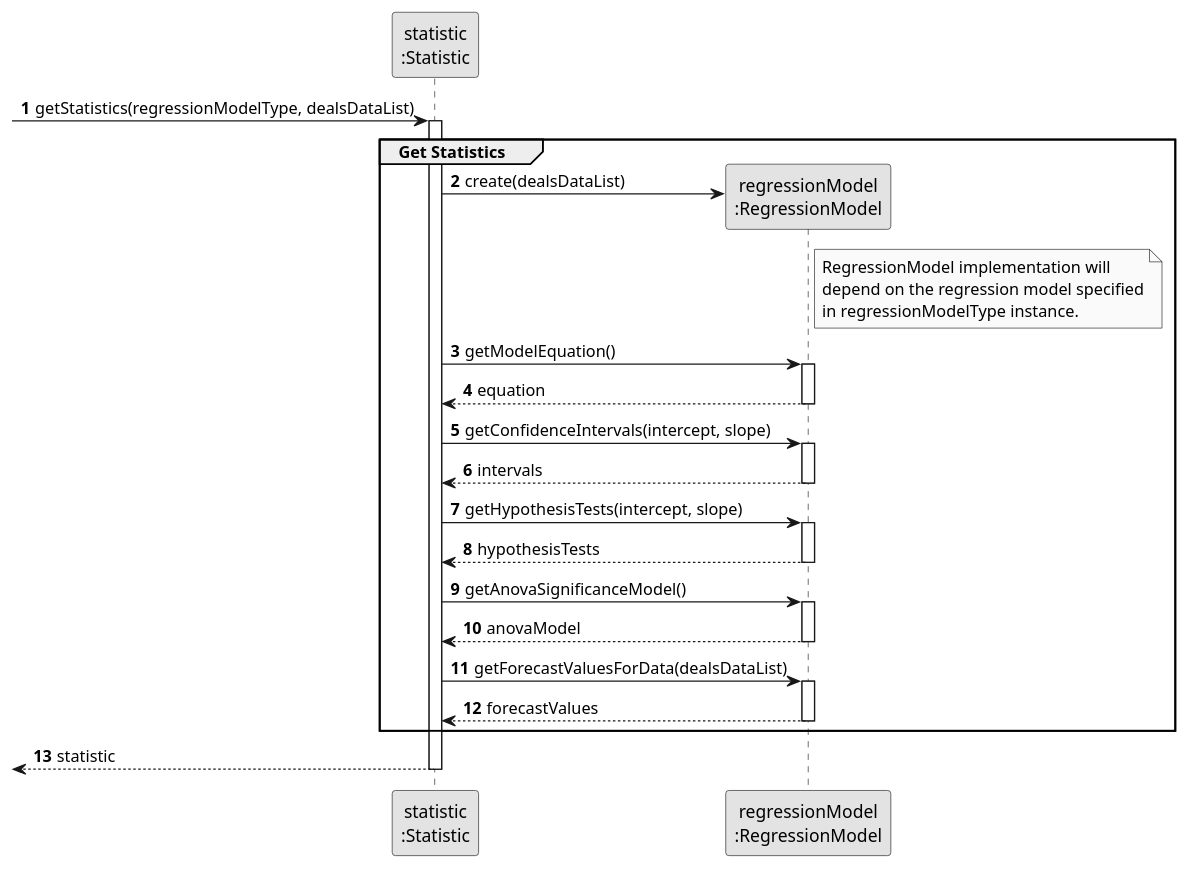
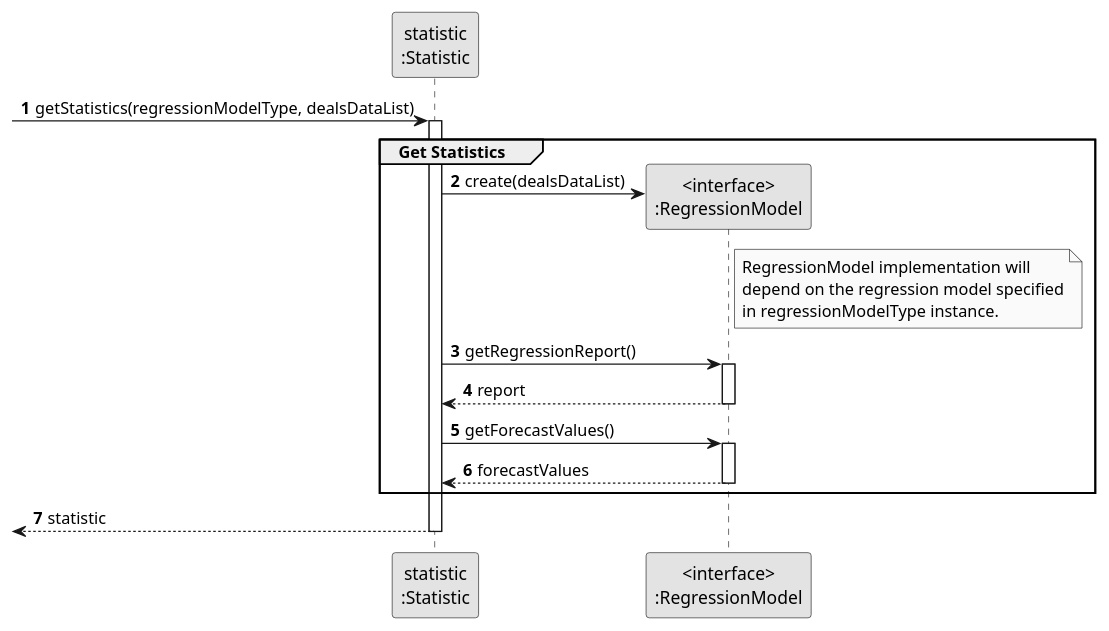
One commit to rita-barbosa/LAPR2-2223 changed the diagram in docs/sprintD/us018/03.design/puml/us018-sequence-diagram-partial-get-statistics.puml. Above: the diagram before and after it, drawn with PlantUML. The commit also changed 3 other files, not shown here.

Commit message:
Update sequence & class diagram [US018][Design]

```diff
--- a/docs/sprintD/us018/03.design/puml/us018-sequence-diagram-partial-get-statistics.puml
+++ b/docs/sprintD/us018/03.design/puml/us018-sequence-diagram-partial-get-statistics.puml
@@ -1,64 +1,46 @@
 @startuml
 skinparam monochrome true
 skinparam packageStyle rectangle
 skinparam shadowing false
 
 
 participant "statistic\n:Statistic" as ST
-participant "regressionModel\n:RegressionModel" as RM
+participant "<interface>\n:RegressionModel" as RM
 
 
 
 autonumber
 
   -> ST  : getStatistics(regressionModelType, dealsDataList)
     activate ST
 
 group   Get Statistics
 
 
     ST -> RM**: create(dealsDataList)
 
         note right RM
         RegressionModel implementation will
         depend on the regression model specified
         in regressionModelType instance.
         end note
 
 
-    ST -> RM : getModelEquation()
+    ST -> RM : getRegressionReport()
     activate RM
 
-    RM --> ST : equation
+    RM --> ST : report
     deactivate RM
 
-    ST -> RM: getConfidenceIntervals(intercept, slope)
-    activate RM
-
-    RM --> ST: intervals
-    deactivate RM
-
-    ST -> RM: getHypothesisTests(intercept, slope)
-    activate RM
-
-    RM --> ST: hypothesisTests
-    deactivate RM
-
-    ST -> RM: getAnovaSignificanceModel()
-    activate RM
-
-    RM --> ST: anovaModel
-    deactivate RM
-
-    ST -> RM: getForecastValuesForData(dealsDataList)
+    ST -> RM: getForecastValues()
     activate RM
 
     RM--> ST: forecastValues
     deactivate RM
 
 end group
 
     <-- ST : statistic
     deactivate ST
 
 @enduml
```
